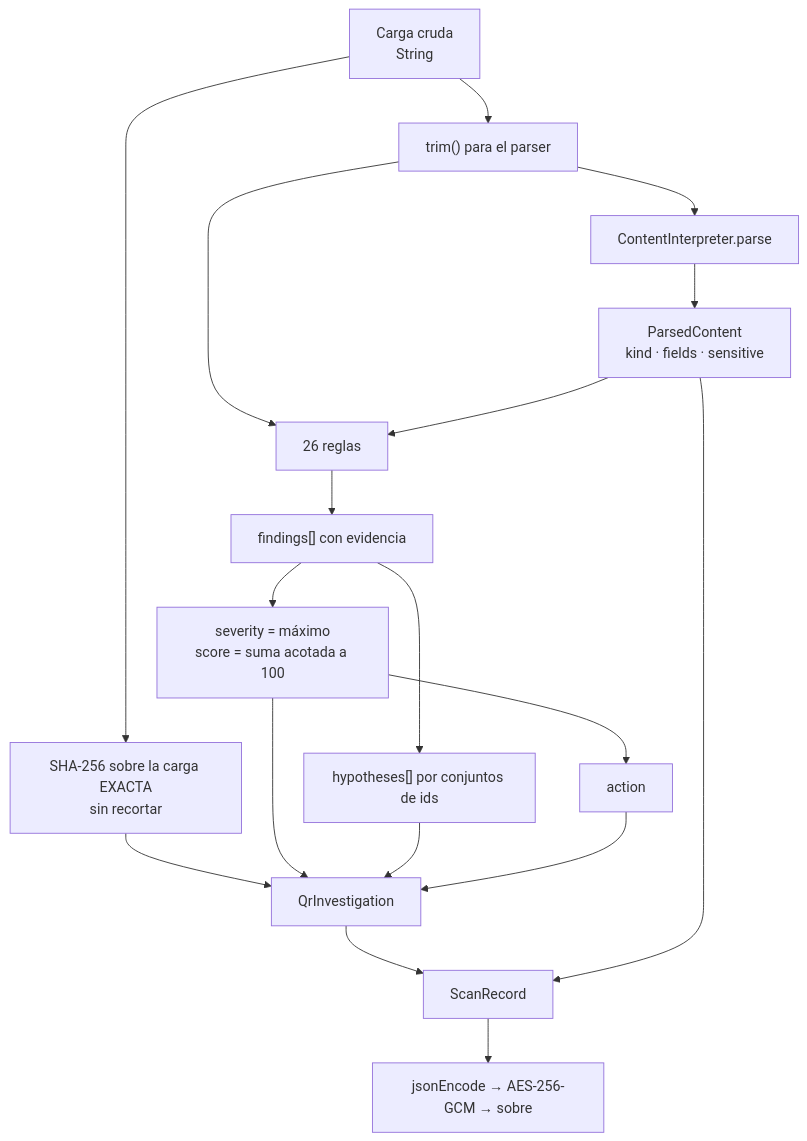
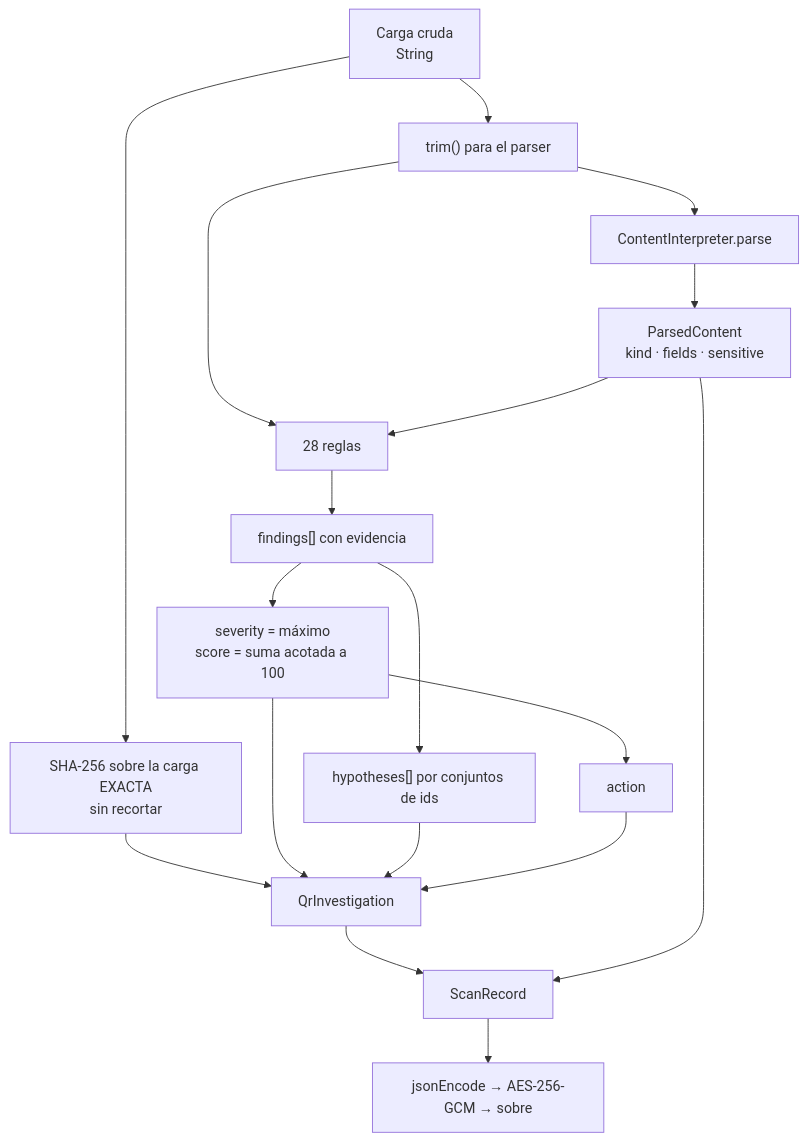
Before and after one commit to vladimiracunadev-create/rootcause-qr-inspector: the second of 3 diagrams in docs/system-documentation/08-data-flow.md, drawn with Mermaid. The commit also changed 70 other files, not shown here.

````diff
--- a/docs/system-documentation/08-data-flow.md
+++ b/docs/system-documentation/08-data-flow.md
@@ -100,20 +100,20 @@
 ```mermaid
 flowchart TD
     RAW["Carga cruda<br/>String"] --> H["SHA-256 sobre la carga EXACTA<br/>sin recortar"]
     RAW --> TRIM["trim() para el parser"]
     TRIM --> PARSE["ContentInterpreter.parse"]
     PARSE --> PC["ParsedContent<br/>kind · fields · sensitive"]
-    TRIM --> RULES["26 reglas"]
+    TRIM --> RULES["28 reglas"]
     PC --> RULES
     RULES --> FIND["findings[] con evidencia"]
     FIND --> AGG["severity = máximo<br/>score = suma acotada a 100"]
     FIND --> HYP["hypotheses[] por conjuntos de ids"]
     AGG --> ACT["action"]
     H --> INV["QrInvestigation"]
     AGG --> INV
     HYP --> INV
     ACT --> INV
     INV --> REC["ScanRecord"]
     PC --> REC
     REC --> ENC["jsonEncode → AES-256-GCM → sobre"]
 ```
````
